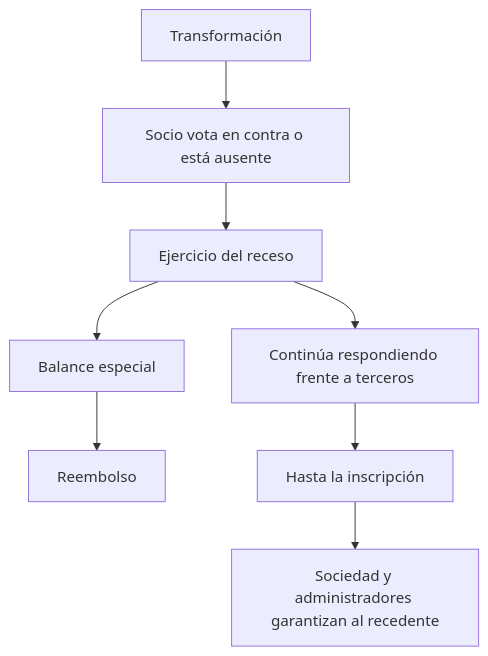
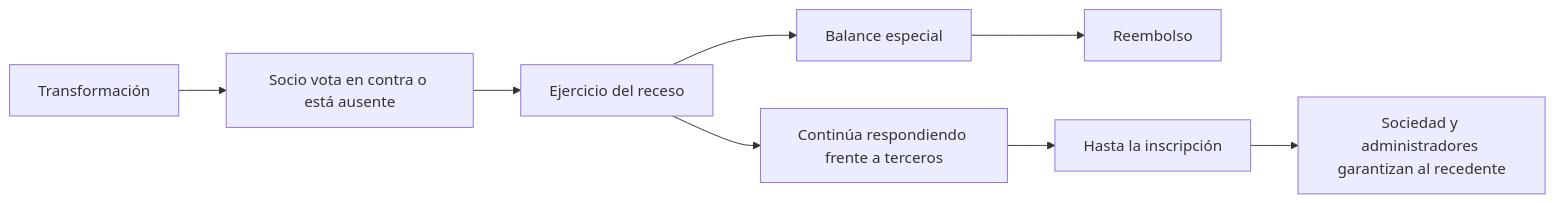
Before and after one commit to maximilianoromei/sociedades-intensivo: the seventh of 20 diagrams in clases/clase08-reorganizacion.qmd, drawn with Mermaid. The commit also changed other lines of this file and 10 other files, not shown here.

````diff
--- a/clases/clase08-reorganizacion.qmd
+++ b/clases/clase08-reorganizacion.qmd
@@ -669,19 +696,19 @@
 ```{mermaid}
-flowchart TD
+flowchart LR
 
 A[Transformación]
 
 A --> B[Socio vota en contra o está ausente]
 
 B --> C[Ejercicio del receso]
 
 C --> D[Balance especial]
 
 D --> E[Reembolso]
 
 C --> F[Continúa respondiendo frente a terceros]
 
 F --> G[Hasta la inscripción]
 
 G --> H[Sociedad y administradores garantizan al recedente]
 ```
````
